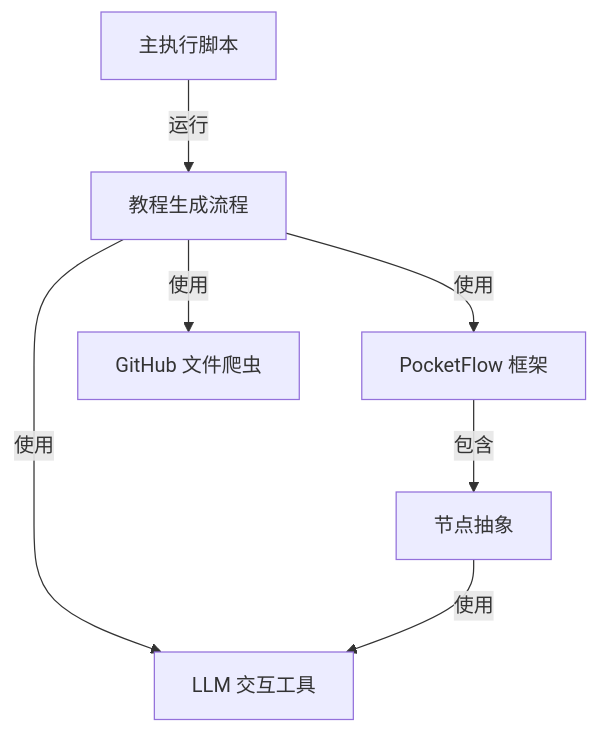
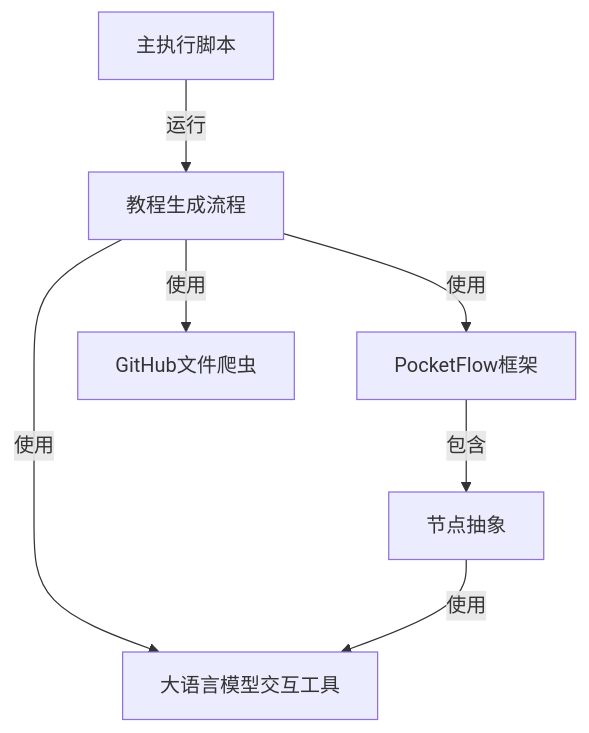
Before and after one commit to Hierarchzhou/docs: the diagram in 索引.mdx, drawn with Mermaid. The commit also changed other lines of this file and 23 other files, not shown here.

````diff
--- a/索引.mdx
+++ b/索引.mdx
@@ -7,15 +12,15 @@
 ```mermaid
 flowchart TD
-    A0["PocketFlow 框架"]
+    A0["PocketFlow框架"]
     A1["节点抽象"]
-    A2["LLM 交互工具"]
-    A3["GitHub 文件爬虫"]
+    A2["大语言模型交互工具"]
+    A3["GitHub文件爬虫"]
     A4["教程生成流程"]
     A5["主执行脚本"]
     A0 -- "包含" --> A1
     A4 -- "使用" --> A0
     A4 -- "使用" --> A3
     A4 -- "使用" --> A2
     A5 -- "运行" --> A4
     A1 -- "使用" --> A2
 ```
````
